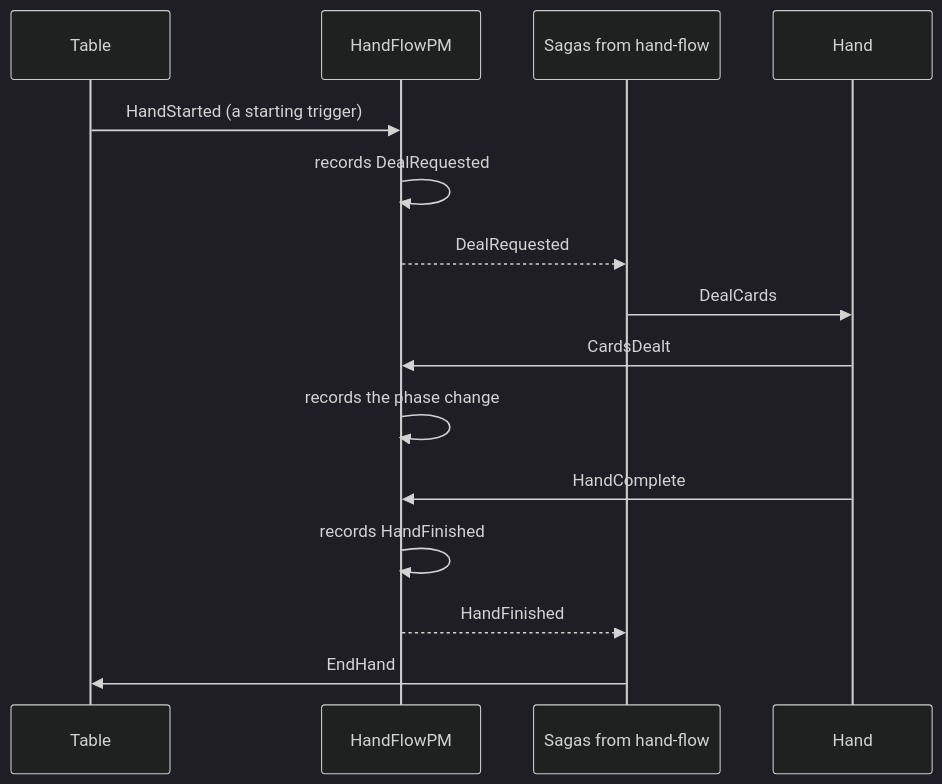
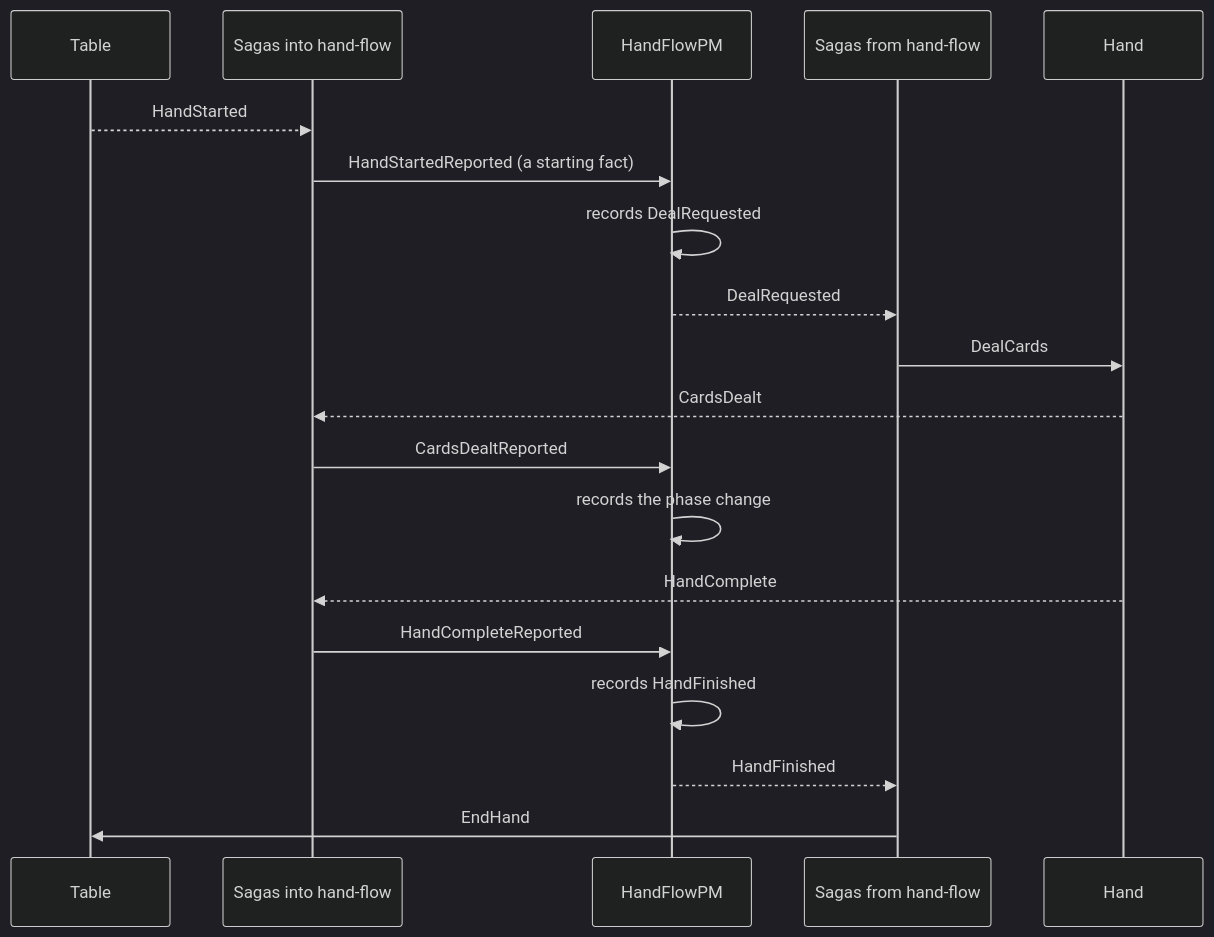
The diagram in site/src/content/docs/components/process-manager.mdx (angzarr-io/angzarr-project), drawn with Mermaid (dark theme) before and after one commit. The commit also changed other lines of this file and 5 other files, not shown here.

````diff
--- a/site/src/content/docs/components/process-manager.mdx
+++ b/site/src/content/docs/components/process-manager.mdx
@@ -52,18 +52,22 @@
 ```mermaid
 sequenceDiagram
     participant T as Table
+    participant SI as Sagas into hand-flow
     participant PM as HandFlowPM
-    participant S as Sagas from hand-flow
+    participant SO as Sagas from hand-flow
     participant H as Hand
 
-    T->>PM: HandStarted (a starting trigger)
+    T-->>SI: HandStarted
+    SI->>PM: HandStartedReported (a starting fact)
     PM->>PM: records DealRequested
-    PM-->>S: DealRequested
-    S->>H: DealCards
-    H->>PM: CardsDealt
+    PM-->>SO: DealRequested
+    SO->>H: DealCards
+    H-->>SI: CardsDealt
+    SI->>PM: CardsDealtReported
     PM->>PM: records the phase change
-    H->>PM: HandComplete
+    H-->>SI: HandComplete
+    SI->>PM: HandCompleteReported
     PM->>PM: records HandFinished
-    PM-->>S: HandFinished
-    S->>T: EndHand
+    PM-->>SO: HandFinished
+    SO->>T: EndHand
 ```
````
